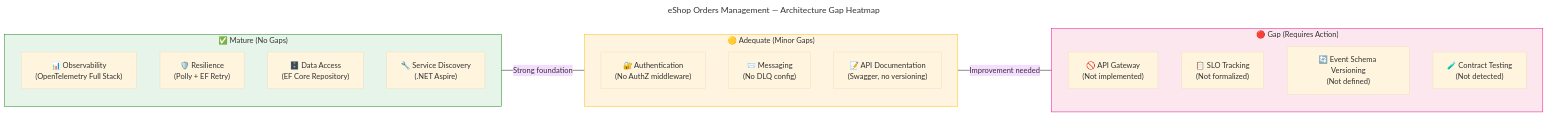
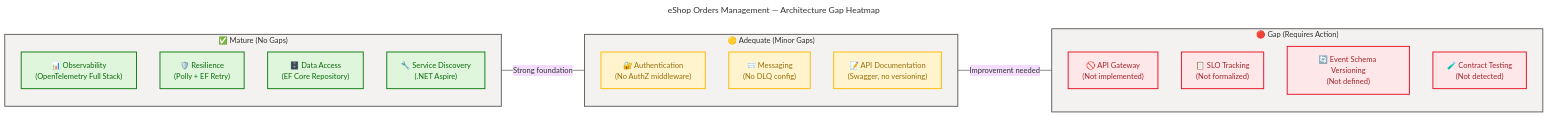
One commit to Evilazaro/Azure-LogicApps-Monitoring changed the sixth of 14 diagrams in docs/architecture/application-architecture.md. Above: the diagram before and after it, drawn with Mermaid. The commit also changed other lines of this file, not shown here.

Commit message:
Enhance architecture diagrams with improved styling and classification for better clarity and visual distinction of components and services

````diff
--- a/docs/architecture/application-architecture.md
+++ b/docs/architecture/application-architecture.md
@@ -631,52 +637,56 @@
 ```mermaid
 ---
 title: "eShop Orders Management — Architecture Gap Heatmap"
 config:
   theme: base
   look: classic
   layout: dagre
   themeVariables:
     fontSize: "16px"
 ---
 flowchart LR
     accTitle: Architecture Gap Heatmap
     accDescr: Shows maturity assessment across architectural concerns with gap severity indicators
 
     %% ═══════════════════════════════════════════════════════════════════════════
     %% AZURE / FLUENT ARCHITECTURE PATTERN v1.1
     %% (Semantic + Structural + Font + Accessibility Governance)
     %% ═══════════════════════════════════════════════════════════════════════════
     %% PHASE 1 - STRUCTURAL: Direction explicit, flat topology, nesting ≤ 3
     %% PHASE 2 - SEMANTIC: Colors justified, max 5 semantic classes, neutral-first
     %% PHASE 3 - FONT: Dark text on light backgrounds, contrast ≥ 4.5:1
     %% PHASE 4 - ACCESSIBILITY: accTitle/accDescr present, icons on all nodes
     %% PHASE 5 - STANDARD: Governance block present, classDefs centralized
     %% ═══════════════════════════════════════════════════════════════════════════
 
     subgraph Mature["✅ Mature (No Gaps)"]
-        M1["📊 Observability\n(OpenTelemetry Full Stack)"]
-        M2["🛡️ Resilience\n(Polly + EF Retry)"]
-        M3["🗄️ Data Access\n(EF Core Repository)"]
-        M4["🔧 Service Discovery\n(.NET Aspire)"]
+        M1["📊 Observability\n(OpenTelemetry Full Stack)"]:::success
+        M2["🛡️ Resilience\n(Polly + EF Retry)"]:::success
+        M3["🗄️ Data Access\n(EF Core Repository)"]:::success
+        M4["🔧 Service Discovery\n(.NET Aspire)"]:::success
     end
 
     subgraph Adequate["🟡 Adequate (Minor Gaps)"]
-        A1["🔐 Authentication\n(No AuthZ middleware)"]
-        A2["📨 Messaging\n(No DLQ config)"]
-        A3["📝 API Documentation\n(Swagger, no versioning)"]
+        A1["🔐 Authentication\n(No AuthZ middleware)"]:::warning
+        A2["📨 Messaging\n(No DLQ config)"]:::warning
+        A3["📝 API Documentation\n(Swagger, no versioning)"]:::warning
     end
 
     subgraph GapAreas["🔴 Gap (Requires Action)"]
-        G1["🚫 API Gateway\n(Not implemented)"]
-        G2["📋 SLO Tracking\n(Not formalized)"]
-        G3["🔄 Event Schema Versioning\n(Not defined)"]
-        G4["🧪 Contract Testing\n(Not detected)"]
+        G1["🚫 API Gateway\n(Not implemented)"]:::danger
+        G2["📋 SLO Tracking\n(Not formalized)"]:::danger
+        G3["🔄 Event Schema Versioning\n(Not defined)"]:::danger
+        G4["🧪 Contract Testing\n(Not detected)"]:::danger
     end
 
     Mature ---|"Strong foundation"| Adequate
     Adequate ---|"Improvement needed"| GapAreas
 
-    style Mature fill:#e6f4ea,stroke:#107c10,color:#333
-    style Adequate fill:#fff4e0,stroke:#ffb900,color:#333
-    style GapAreas fill:#fde7ef,stroke:#e3008c,color:#333
+    style Mature fill:#F3F2F1,stroke:#605E5C,stroke-width:2px,color:#323130
+    style Adequate fill:#F3F2F1,stroke:#605E5C,stroke-width:2px,color:#323130
+    style GapAreas fill:#F3F2F1,stroke:#605E5C,stroke-width:2px,color:#323130
+
+    classDef success fill:#DFF6DD,stroke:#107C10,stroke-width:2px,color:#0B6A0B
+    classDef warning fill:#FFF4CE,stroke:#FFB900,stroke-width:2px,color:#986F0B
+    classDef danger fill:#FDE7E9,stroke:#E81123,stroke-width:2px,color:#A4262C
 ```
````
